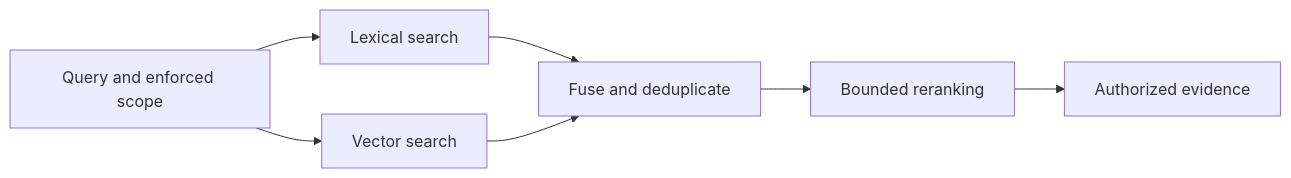
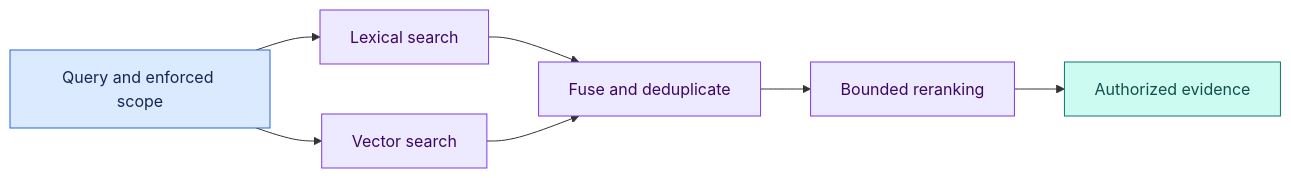
Before and after one commit to Shaktiprasadram22/system-design-26-week-roadmap: the fourth of 5 diagrams in chapters/05-ai-fundamentals-and-rag.md, drawn with Mermaid. The commit also changed other lines of this file and 21 other files, not shown here.

````diff
--- a/chapters/05-ai-fundamentals-and-rag.md
+++ b/chapters/05-ai-fundamentals-and-rag.md
@@ -268,9 +320,17 @@
 ```mermaid
 flowchart LR
     A[Query and enforced scope] --> B[Lexical search]
     A --> C[Vector search]
     B --> D[Fuse and deduplicate]
     C --> D
     D --> E[Bounded reranking]
     E --> F[Authorized evidence]
+
+    classDef input fill:#dbeafe,stroke:#2563eb,color:#172554;
+    classDef service fill:#ede9fe,stroke:#7c3aed,color:#3b0764;
+    classDef data fill:#ccfbf1,stroke:#0f766e,color:#134e4a;
+    classDef edge fill:#ffedd5,stroke:#c2410c,color:#431407;
+    class A input;
+    class B,C,D,E service;
+    class F data;
 ```
````
